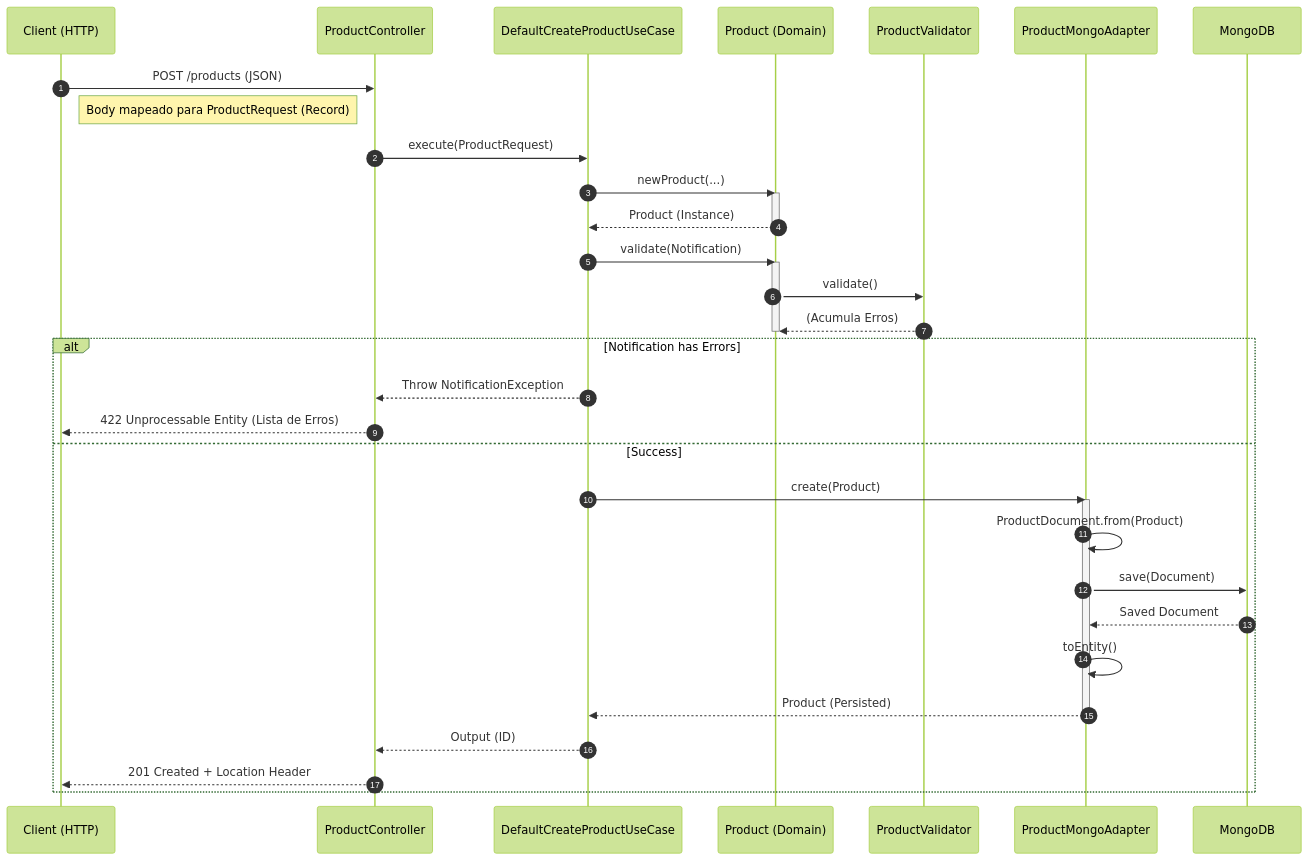
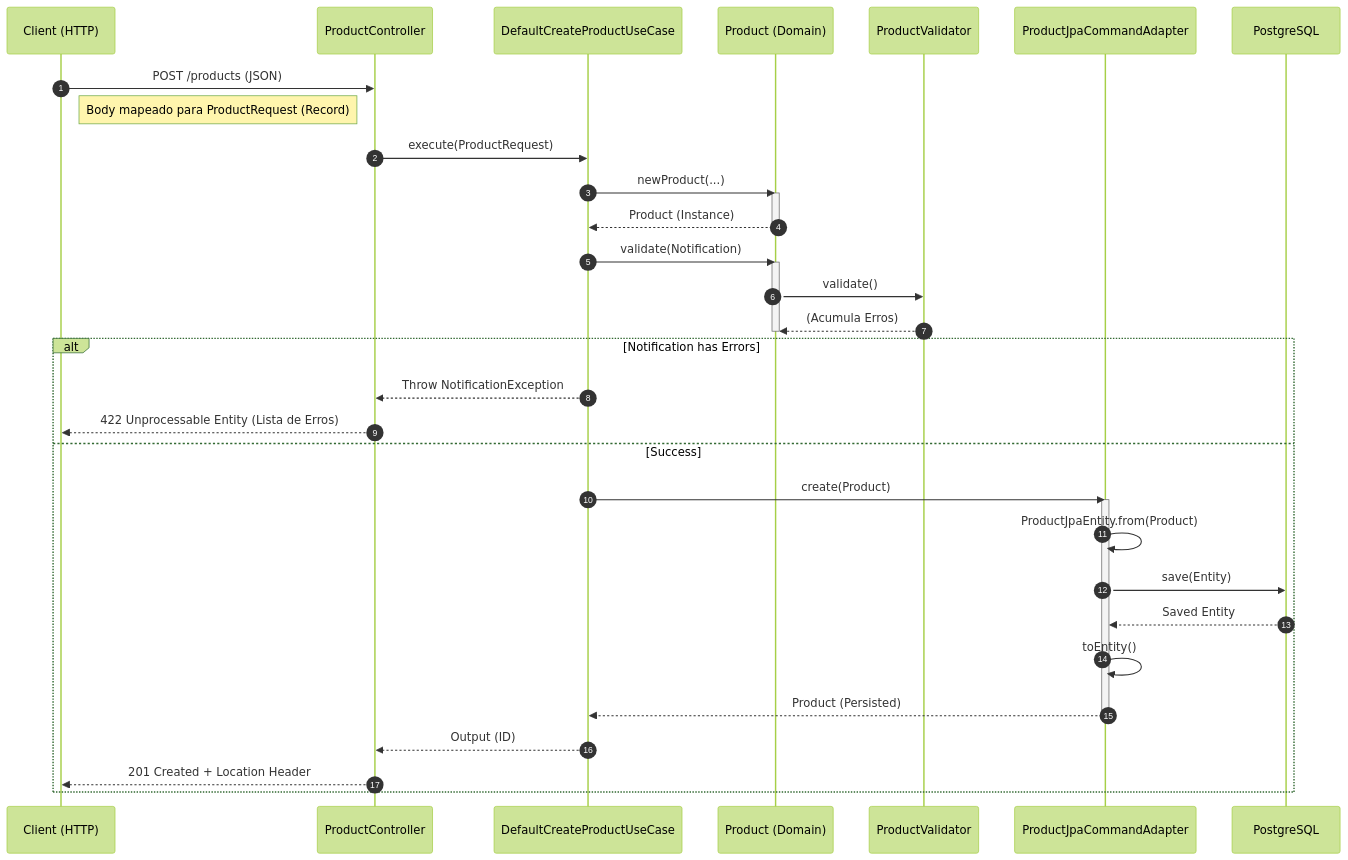
Before and after one commit to wallanpsantos/ms-product-catalog: the diagram in docs/referencias/FLUXO_DETALHADO_POST.md, drawn with Mermaid (forest theme). The commit also changed other lines of this file and 7 other files, not shown here.

First line of the commit message:
docs: atualiza documentação para refletir migração de MongoDB para PostgreSQL

````diff
--- a/docs/referencias/FLUXO_DETALHADO_POST.md
+++ b/docs/referencias/FLUXO_DETALHADO_POST.md
@@ -150,44 +150,44 @@
 ```mermaid
 sequenceDiagram
     autonumber
     participant C as Client (HTTP)
     participant CTRL as ProductController
     participant UC as DefaultCreateProductUseCase
     participant DOM as Product (Domain)
     participant VAL as ProductValidator
-    participant GW as ProductMongoAdapter
-    participant DB as MongoDB
+    participant GW as ProductJpaCommandAdapter
+    participant DB as PostgreSQL
 
     C->>CTRL: POST /products (JSON)
     Note right of C: Body mapeado para ProductRequest (Record)
     
     CTRL->>UC: execute(ProductRequest)
     
     UC->>DOM: newProduct(...)
     activate DOM
     DOM-->>UC: Product (Instance)
     deactivate DOM
     
     UC->>DOM: validate(Notification)
     activate DOM
     DOM->>VAL: validate()
     VAL-->>DOM: (Acumula Erros)
     deactivate DOM
     
     alt Notification has Errors
         UC-->>CTRL: Throw NotificationException
         CTRL-->>C: 422 Unprocessable Entity (Lista de Erros)
     else Success
         UC->>GW: create(Product)
         activate GW
-        GW->>GW: ProductDocument.from(Product)
-        GW->>DB: save(Document)
-        DB-->>GW: Saved Document
+        GW->>GW: ProductJpaEntity.from(Product)
+        GW->>DB: save(Entity)
+        DB-->>GW: Saved Entity
         GW->>GW: toEntity()
         GW-->>UC: Product (Persisted)
         deactivate GW
         
         UC-->>CTRL: Output (ID)
         CTRL-->>C: 201 Created + Location Header
     end
 ```
````
